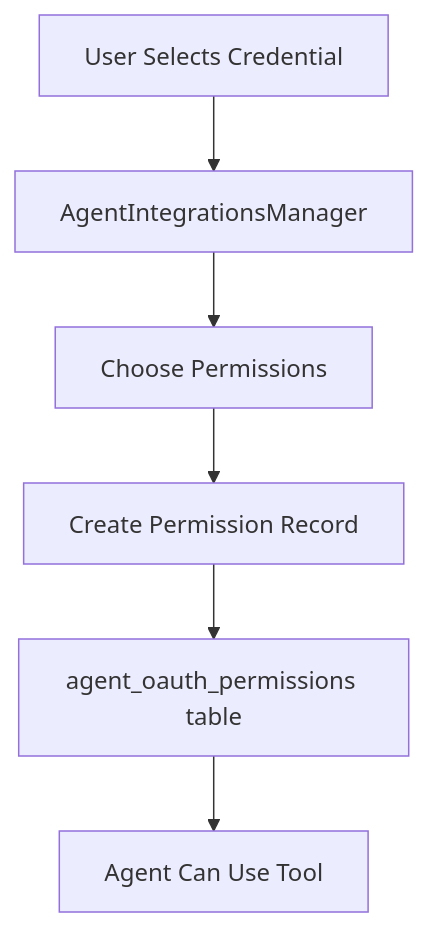
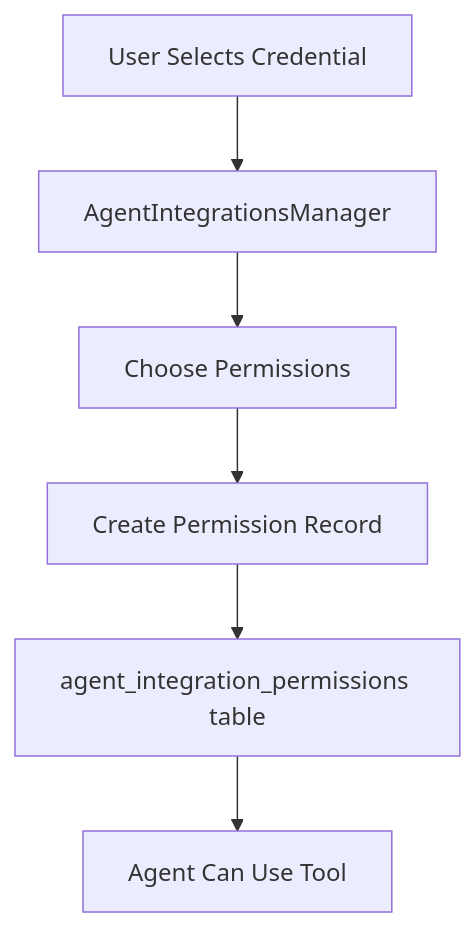
One commit to maverick-software/agentopia changed the first of 3 diagrams in docs/tools/permissions.md. Above: the diagram before and after it, drawn with Mermaid. The commit also changed other lines of this file and 180 other files, not shown here.

````diff
--- a/docs/tools/permissions.md
+++ b/docs/tools/permissions.md
@@ -105,8 +105,8 @@
 ```mermaid
 graph TD
     A[User Selects Credential] --> B[AgentIntegrationsManager]
     B --> C[Choose Permissions]
     C --> D[Create Permission Record]
-    D --> E[agent_oauth_permissions table]
+    D --> E[agent_integration_permissions table]
     E --> F[Agent Can Use Tool]
 ```
````
